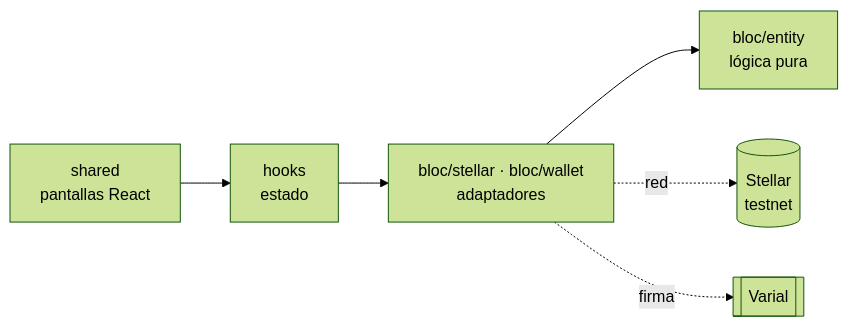
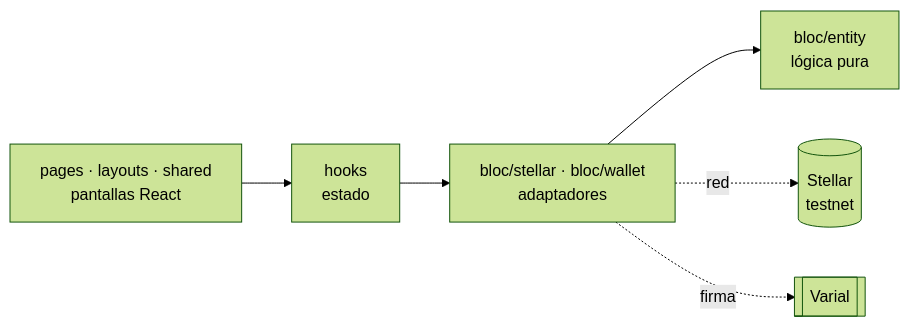
Before and after one commit to Oppia-Software-Labs/Pura-Vida-Bootcamp-1: the first of 4 diagrams in Roney Ruiz/context/structure.md, drawn with Mermaid (forest theme). The commit also changed other lines of this file and 4 other files, not shown here.

````diff
--- a/Roney Ruiz/context/structure.md
+++ b/Roney Ruiz/context/structure.md
@@ -48,8 +49,8 @@
 ```mermaid
 flowchart LR
-    UI["shared<br/>pantallas React"] --> H["hooks<br/>estado"]
+    UI["pages · layouts · shared<br/>pantallas React"] --> H["hooks<br/>estado"]
     H --> A["bloc/stellar · bloc/wallet<br/>adaptadores"]
     A --> D["bloc/entity<br/>lógica pura"]
     A -. red .-> N[("Stellar<br/>testnet")]
     A -. firma .-> W[["Varial"]]
 ```
````
